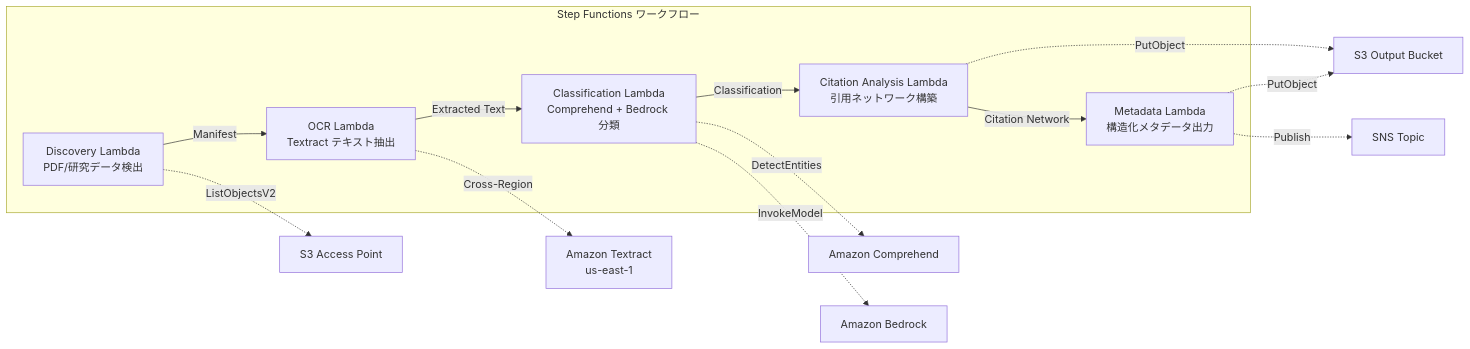
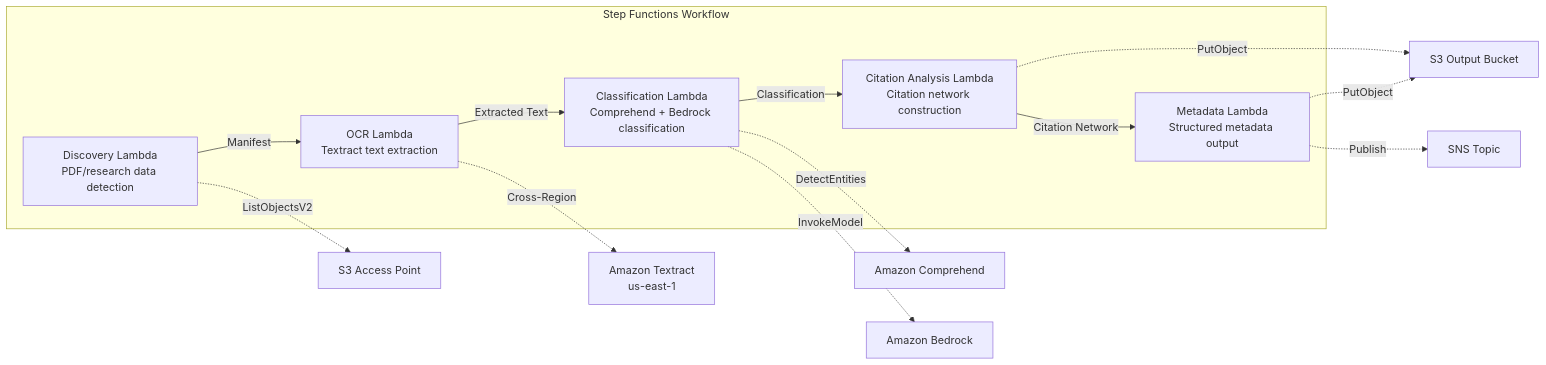
One commit to Yoshiki0705/FSx-for-ONTAP-S3AccessPoints-Serverless-Patterns changed the diagram in solutions/industry/education-research/README.en.md. Above: the diagram before and after it, drawn with Mermaid. The commit also changed other lines of this file and 20 other files, not shown here.

First line of the commit message:
docs: full 7-language README parity for genomics-pipeline, education-research, construction-bim

````diff
--- a/solutions/industry/education-research/README.en.md
+++ b/solutions/industry/education-research/README.en.md
@@ -29,23 +55,23 @@
 ```mermaid
 graph LR
-    subgraph "Step Functions ワークフロー"
-        D[Discovery Lambda<br/>PDF/研究データ検出]
-        OCR[OCR Lambda<br/>Textract テキスト抽出]
-        CL[Classification Lambda<br/>Comprehend + Bedrock 分類]
-        CA[Citation Analysis Lambda<br/>引用ネットワーク構築]
-        MD[Metadata Lambda<br/>構造化メタデータ出力]
+    subgraph "Step Functions Workflow"
+        D[Discovery Lambda<br/>PDF/research data detection]
+        OCR[OCR Lambda<br/>Textract text extraction]
+        CL[Classification Lambda<br/>Comprehend + Bedrock classification]
+        CA[Citation Analysis Lambda<br/>Citation network construction]
+        MD[Metadata Lambda<br/>Structured metadata output]
     end
 
     D -->|Manifest| OCR
     OCR -->|Extracted Text| CL
     CL -->|Classification| CA
     CA -->|Citation Network| MD
 
     D -.->|ListObjectsV2| S3AP[S3 Access Point]
     OCR -.->|Cross-Region| Textract[Amazon Textract<br/>us-east-1]
     CL -.->|DetectEntities| Comprehend[Amazon Comprehend]
     CL -.->|InvokeModel| Bedrock[Amazon Bedrock]
     CA -.->|PutObject| S3OUT[S3 Output Bucket]
     MD -.->|PutObject| S3OUT
     MD -.->|Publish| SNS[SNS Topic]
 ```
````
